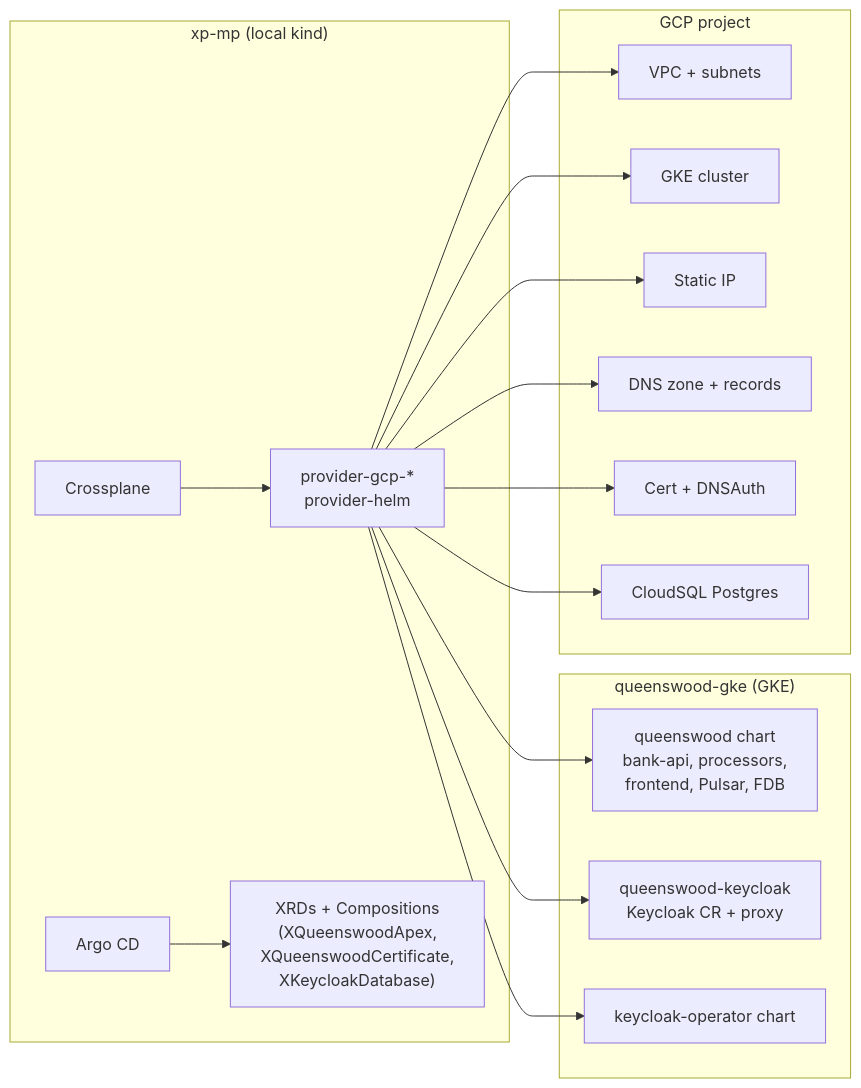
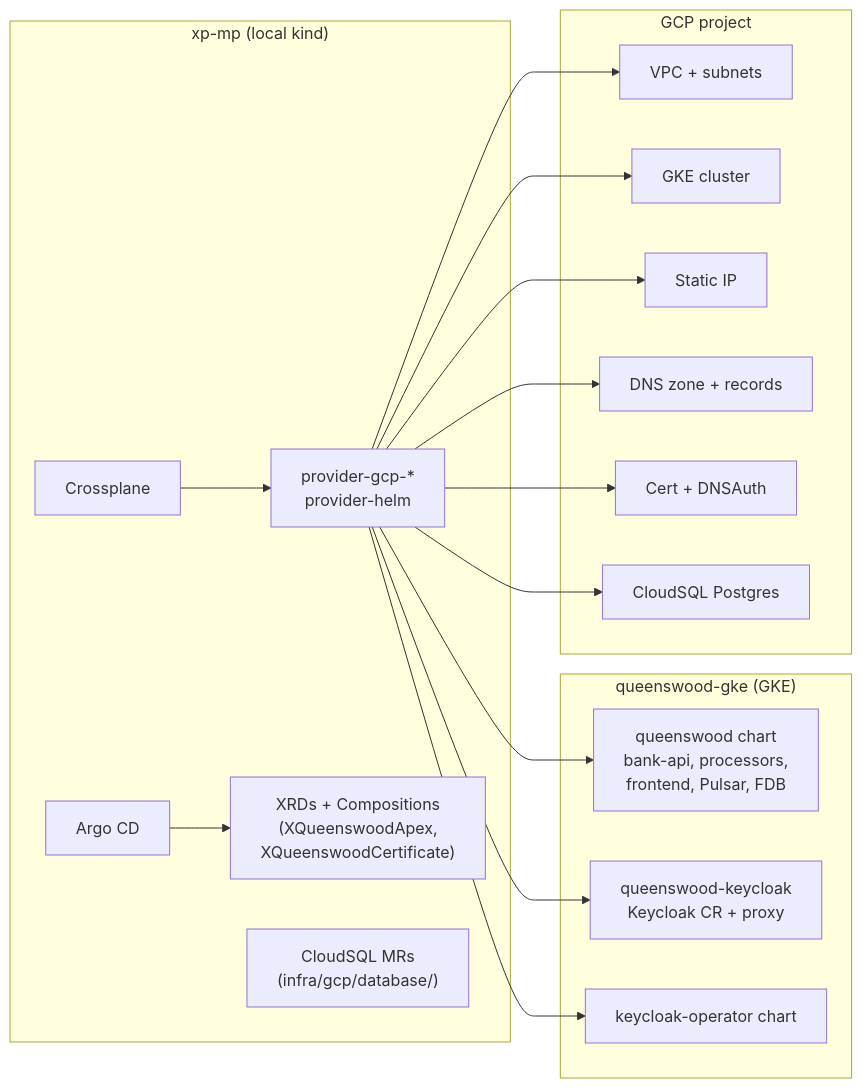
The diagram in docs/tdd/infrastructure.md (kjothen/queenswood), drawn with Mermaid before and after one commit. The commit also changed other lines of this file and 38 other files, not shown here.

````diff
--- a/docs/tdd/infrastructure.md
+++ b/docs/tdd/infrastructure.md
@@ -27,33 +27,34 @@
 ```mermaid
 flowchart LR
   subgraph mgmt["xp-mp (local kind)"]
     argo[Argo CD]
     xp[Crossplane]
     providers["provider-gcp-*<br/>provider-helm"]
-    xrds["XRDs + Compositions<br/>(XQueenswoodApex,<br/>XQueenswoodCertificate,<br/>XKeycloakDatabase)"]
+    xrds["XRDs + Compositions<br/>(XQueenswoodApex,<br/>XQueenswoodCertificate)"]
+    db["CloudSQL MRs<br/>(infra/gcp/database/)"]
   end
   subgraph gke["queenswood-gke (GKE)"]
     qw[queenswood chart<br/>bank-api, processors,<br/>frontend, Pulsar, FDB]
     kc[queenswood-keycloak<br/>Keycloak CR + proxy]
     kco[keycloak-operator chart]
   end
   subgraph gcp["GCP project"]
     vpc[VPC + subnets]
     cluster[GKE cluster]
     ip[Static IP]
     dns[DNS zone + records]
     cert[Cert + DNSAuth]
     sql[CloudSQL Postgres]
   end
   argo --> xrds
   xp --> providers
   providers --> vpc
   providers --> cluster
   providers --> ip
   providers --> dns
   providers --> cert
   providers --> sql
   providers --> qw
   providers --> kc
   providers --> kco
 ```
````
